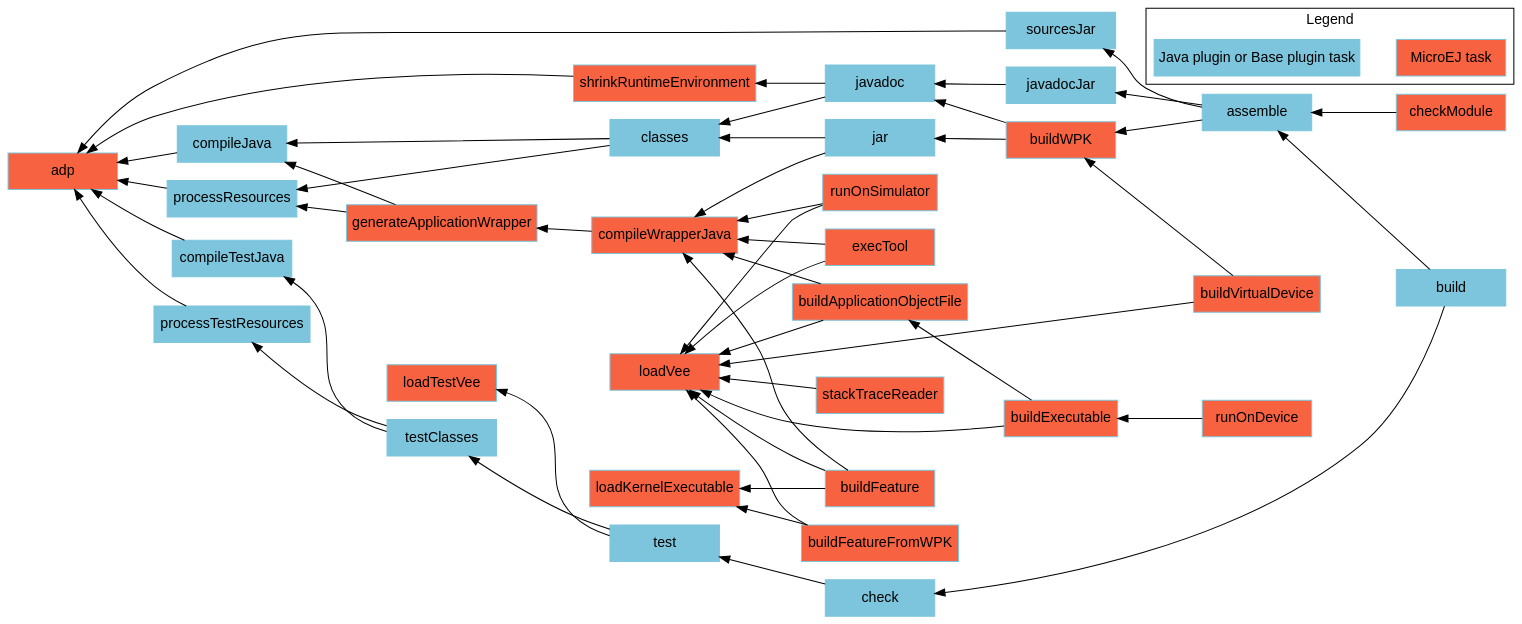
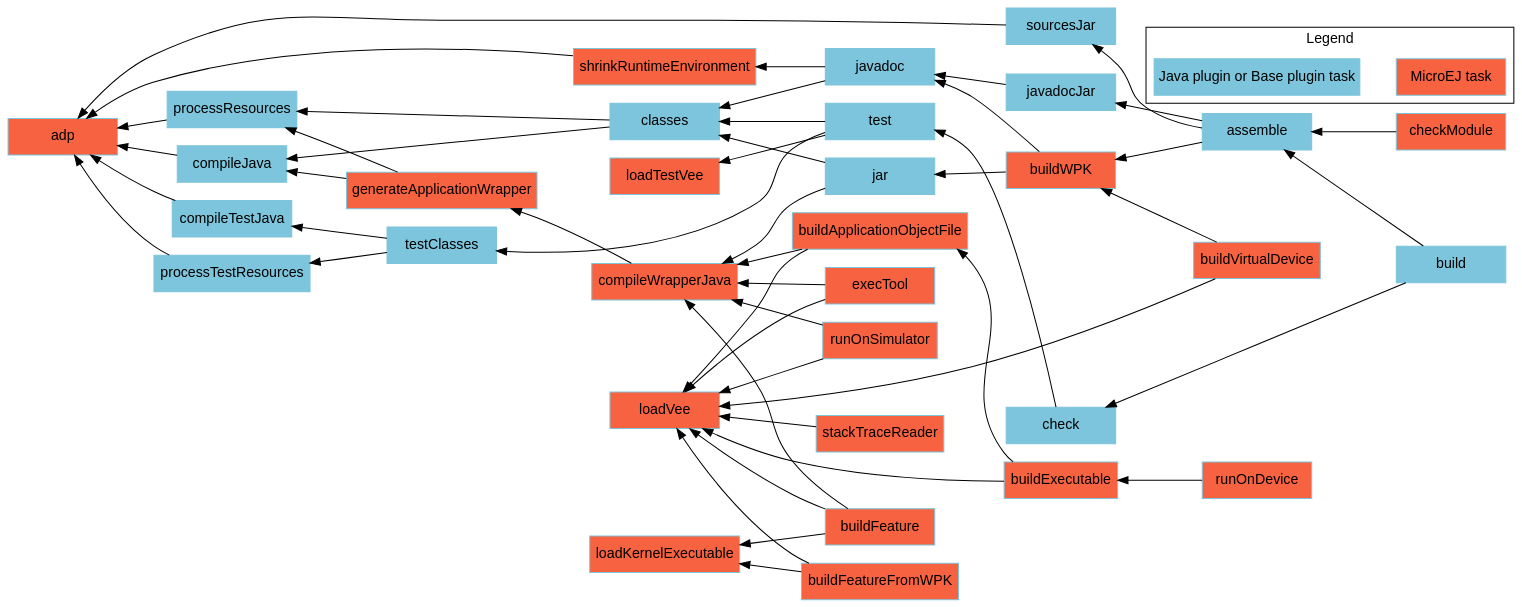
The diagram in SDK6UserGuide/graphApplicationModule.dot (MicroEJ/docs), drawn with Graphviz before and after one commit.

Commit message:
Add missing dependency in application graph

```diff
--- a/SDK6UserGuide/graphApplicationModule.dot
+++ b/SDK6UserGuide/graphApplicationModule.dot
@@ -1,85 +1,86 @@
 digraph mygraph {
     rankdir="RL";
     bgcolor="transparent"
     fontname="Helvetica,Arial,sans-serif"
     node [
         shape = box
         width = 1.5
         color = "#7dc5dc"
         style = filled
         fontname="Helvetica,Arial,sans-serif"
     ]
     edge [fontname="Helvetica,Arial,sans-serif"]
     "adp" [fillcolor = "#f76241"]
     "checkModule" [fillcolor = "#f76241"]
     "loadKernelExecutable" [fillcolor = "#f76241"]
     "loadVee" [fillcolor = "#f76241"]
     "runOnSimulator" [fillcolor = "#f76241"]
     "buildWPK" [fillcolor = "#f76241"]
     "buildApplicationObjectFile" [fillcolor = "#f76241"]
     "buildExecutable" [fillcolor = "#f76241"]
     "buildVirtualDevice" [fillcolor = "#f76241"]
     "buildFeature" [fillcolor = "#f76241"]
     "runOnDevice" [fillcolor = "#f76241"]
     "execTool" [fillcolor = "#f76241"]
     "generateApplicationWrapper" [fillcolor = "#f76241"]
     "compileWrapperJava" [fillcolor = "#f76241"]
     "buildFeatureFromWPK" [fillcolor = "#f76241"]
     "shrinkRuntimeEnvironment" [fillcolor = "#f76241"]
     "loadTestVee" [fillcolor = "#f76241"]
     "stackTraceReader" [fillcolor = "#f76241"]
     "build" -> "check"
     "build" -> "assemble"
     "assemble" -> "buildWPK"
     "assemble" -> "javadocJar"
     "assemble" -> "sourcesJar"
     "buildWPK" -> "jar"
     "buildWPK" -> "javadoc"
     "generateApplicationWrapper" -> "processResources"
     "generateApplicationWrapper" -> "compileJava"
     "compileJava" -> "adp"
     "processResources" -> "adp"
     "jar" -> "classes"
     "jar" -> "compileWrapperJava"
     "classes" -> "compileJava"
     "classes" -> "processResources"
     "compileWrapperJava" -> "generateApplicationWrapper"
     "javadoc" -> "classes"
     "javadoc" -> "shrinkRuntimeEnvironment"
     "javadocJar" -> "javadoc"
     "sourcesJar" -> "adp"
     "shrinkRuntimeEnvironment" -> "adp"
     "runOnSimulator" -> "compileWrapperJava"
     "runOnSimulator" -> "loadVee"
     "runOnDevice" -> "buildExecutable"
     "buildExecutable" -> "buildApplicationObjectFile"
     "buildExecutable" -> "loadVee"
     "buildApplicationObjectFile" -> "compileWrapperJava"
     "buildApplicationObjectFile" -> "loadVee"
     "buildVirtualDevice" -> "loadVee"
     "buildVirtualDevice" -> "buildWPK"
     "buildFeature" -> "compileWrapperJava"
     "buildFeature" -> "loadKernelExecutable"
     "buildFeature" -> "loadVee"
     "execTool" -> "compileWrapperJava"
     "execTool" -> "loadVee"
     "buildFeatureFromWPK" -> "loadVee"
     "buildFeatureFromWPK" -> "loadKernelExecutable"
     "check" -> "test"
     "checkModule" -> "assemble"
+    "test" -> "classes"
     "test" -> "testClasses"
     "test" -> "loadTestVee"
     "compileTestJava" -> "adp"
     "testClasses" -> "compileTestJava"
     "testClasses" -> "processTestResources"
     "processTestResources" -> "adp"
     "stackTraceReader" -> "loadVee"
     
     subgraph cluster_legend {
         label="Legend";
         microej [fillcolor="#f76241" label="MicroEJ task"];
         java [fillcolor="#7dc5dc" label="Java plugin or Base plugin task"];
         microej -> java [style=invis];
         java -> microej [style=invis];
     }
 }
```
